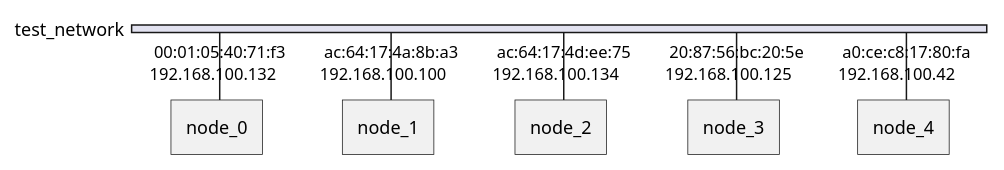
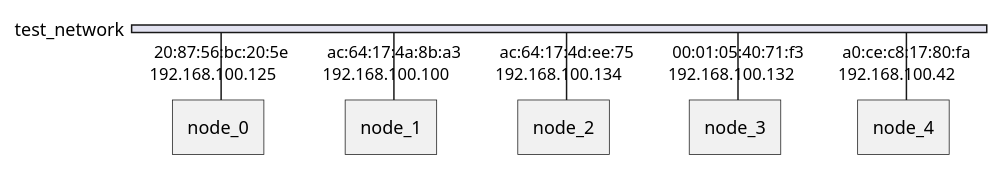
Before and after one commit to profAW/neTTool: the diagram in results/nodes.plantuml, drawn with PlantUML. The commit also changed 14 other files, not shown here.

```diff
--- a/results/nodes.plantuml
+++ b/results/nodes.plantuml
@@ -1,18 +1,18 @@
 @startuml 
   nwdiag { 
-	network test_network {
-          node_0[address=  " 00:01:05:40:71:f3 , 192.168.100.132 "] 
+	network test_network { 
+          node_0[address=  " 20:87:56:bc:20:5e , 192.168.100.125 "] 
           node_1[address=  " ac:64:17:4a:8b:a3 , 192.168.100.100 "] 
           node_2[address=  " ac:64:17:4d:ee:75 , 192.168.100.134 "] 
-          node_3[address=  " 20:87:56:bc:20:5e , 192.168.100.125 "] 
+          node_3[address=  " 00:01:05:40:71:f3 , 192.168.100.132 "] 
           node_4[address=  " a0:ce:c8:17:80:fa , 192.168.100.42 "] 
   }
 ' Multicast-Nodes
+ ' Multicast: node [address=  " ff:ff:ff:ff:ff:ff , 192.168.100.255 "] 
+ ' Multicast: node [address=  " ff:ff:ff:ff:ff:ff , 255.255.255.255 "] 
+ ' Multicast: node [address=  " 01:00:5e:00:00:02 , 224.0.0.2 "] 
+ ' Multicast: node [address=  " 01:00:5e:00:00:fc , 224.0.0.252 "] 
  ' Multicast: node [address=  " 01:00:5e:00:00:fb , 224.0.0.251 "] 
- ' Multicast: node [address=  " 01:00:5e:00:00:02 , 224.0.0.2 "] 
+ ' Multicast: node [address=  " 01:00:5e:00:00:16 , 224.0.0.22 "] 
  ' Multicast: node [address=  " 01:00:5e:7f:ff:fa , 239.255.255.250 "] 
- ' Multicast: node [address=  " 01:00:5e:00:00:fc , 224.0.0.252 "] 
- ' Multicast: node [address=  " ff:ff:ff:ff:ff:ff , 192.168.100.255 "] 
- ' Multicast: node [address=  " 01:00:5e:00:00:16 , 224.0.0.22 "] 
- ' Multicast: node [address=  " ff:ff:ff:ff:ff:ff , 255.255.255.255 "] 
 @enduml
```
